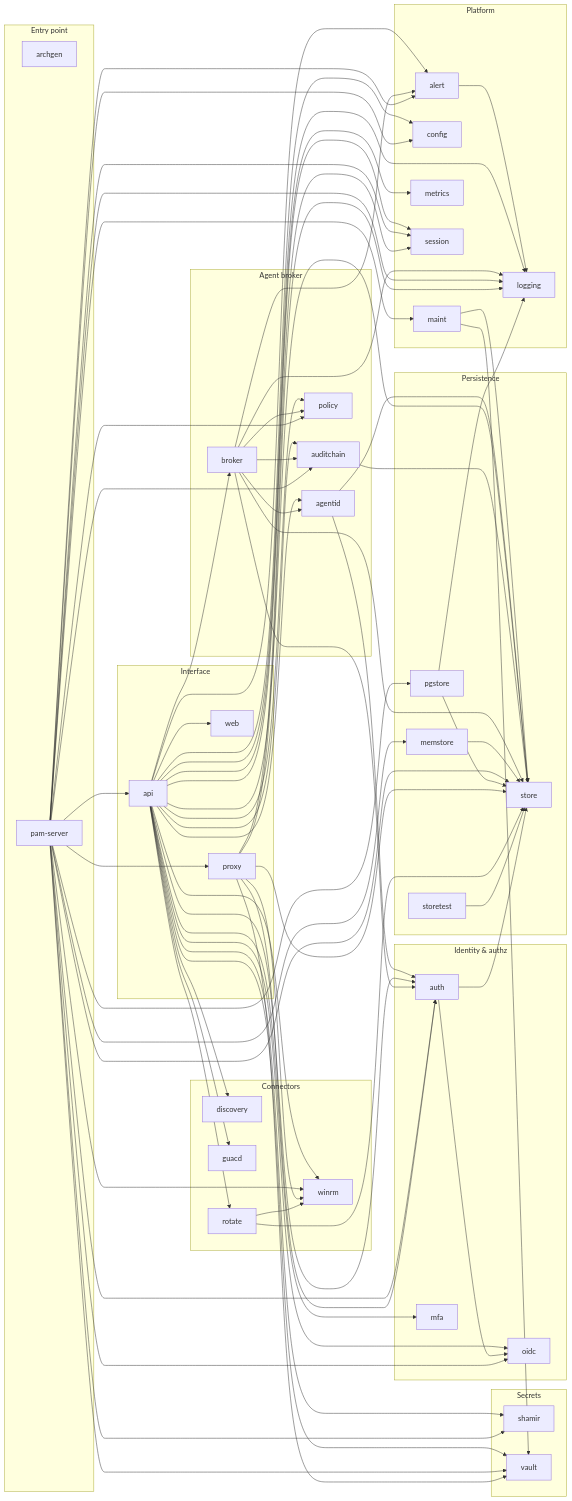
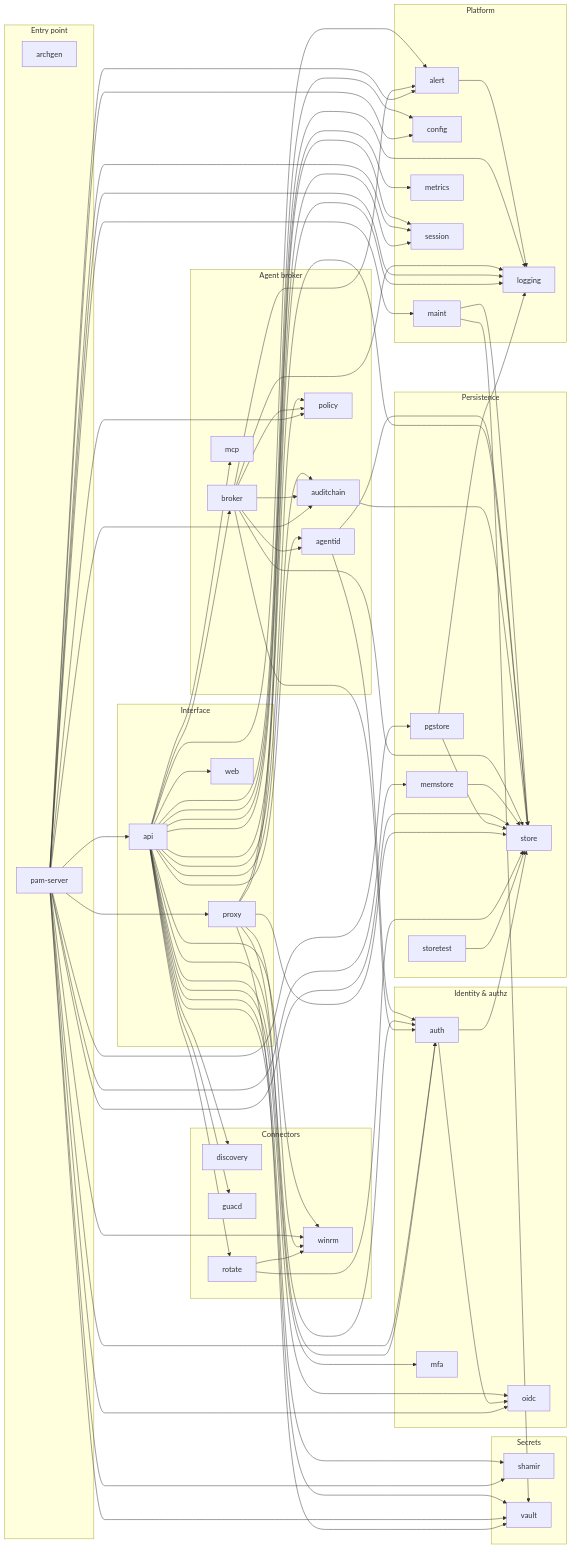
Before and after one commit to morandeirachema/pamv1: the first of 2 diagrams in docs/ARCHITECTURE-DIAGRAMS.md, drawn with Mermaid. The commit also changed other lines of this file and 7 other files, not shown here.

```diff
--- a/docs/ARCHITECTURE-DIAGRAMS.md
+++ b/docs/ARCHITECTURE-DIAGRAMS.md
@@ -51,6 +51,7 @@
     n_agentid[agentid]
     n_auditchain[auditchain]
     n_broker[broker]
+    n_mcp[mcp]
     n_policy[policy]
   end
   subgraph n_Platform["Platform"]
@@ -73,6 +74,7 @@
   n_api --> n_discovery
   n_api --> n_guacd
   n_api --> n_logging
+  n_api --> n_mcp
   n_api --> n_metrics
   n_api --> n_mfa
   n_api --> n_oidc
```
